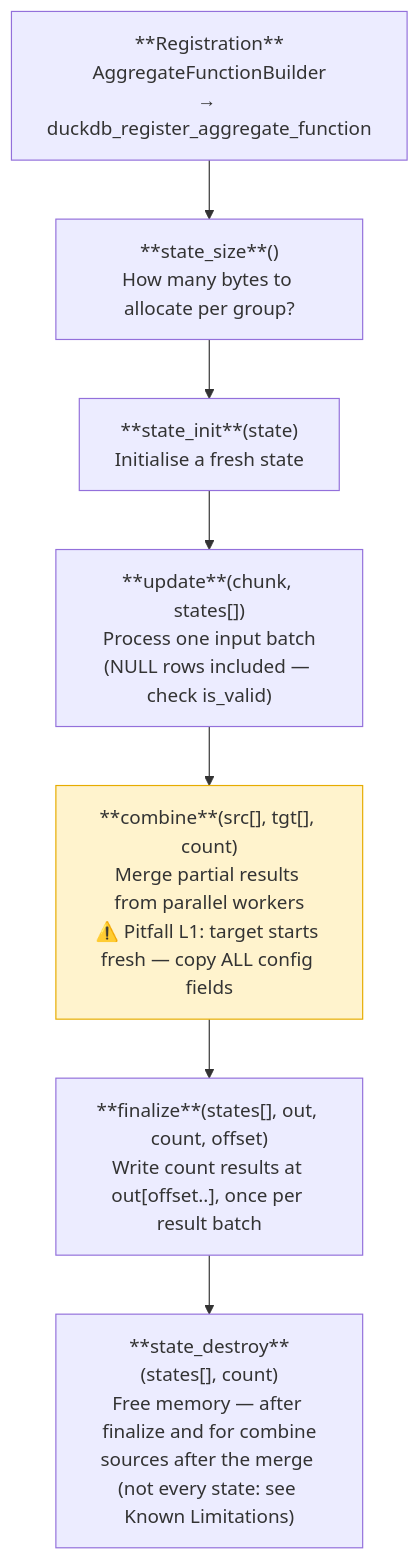
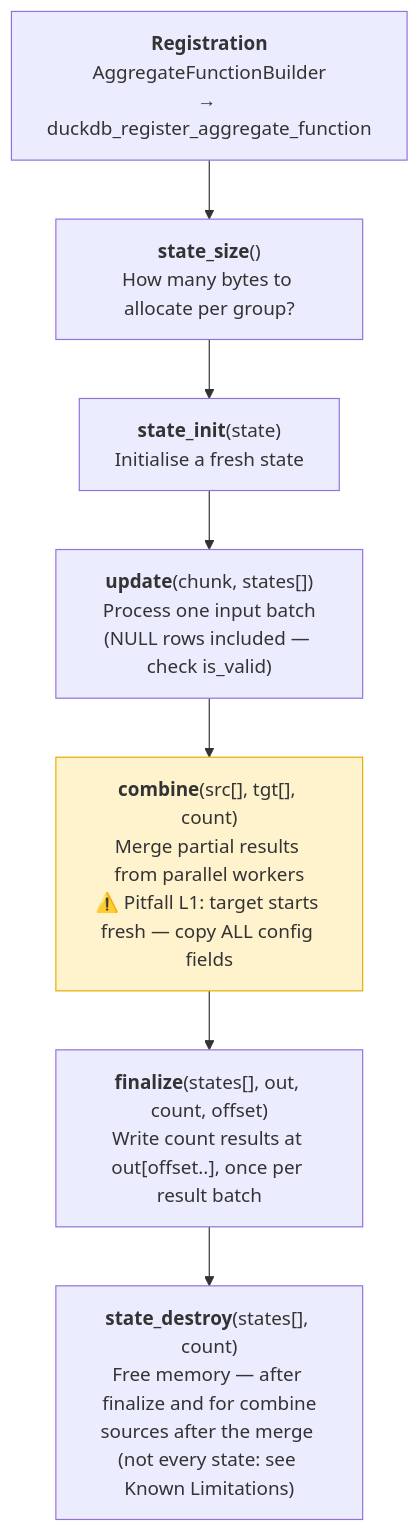
One commit to tomtom215/quack-rs changed the diagram in book/src/functions/aggregate.md. Above: the diagram before and after it, drawn with Mermaid. The commit also changed 12 other files, not shown here.

````diff
--- a/book/src/functions/aggregate.md
+++ b/book/src/functions/aggregate.md
@@ -37,20 +37,20 @@
 ```mermaid
 flowchart TD
-    REG["**Registration**<br/>AggregateFunctionBuilder<br/>→ duckdb_register_aggregate_function"]
+    REG["<b>Registration</b><br/>AggregateFunctionBuilder<br/>→ duckdb_register_aggregate_function"]
 
     REG     --> SIZE
     SIZE    --> INIT
     INIT    --> UPDATE
     UPDATE  --> COMBINE
     COMBINE --> FINAL
     FINAL   --> DESTROY
 
-    SIZE["**state_size**()<br/>How many bytes to allocate per group?"]
-    INIT["**state_init**(state)<br/>Initialise a fresh state"]
-    UPDATE["**update**(chunk, states[])<br/>Process one input batch<br/>(NULL rows included — check is_valid)"]
-    COMBINE["**combine**(src[], tgt[], count)<br/>Merge partial results from parallel workers<br/>⚠️ Pitfall L1: target starts fresh — copy ALL config fields"]
-    FINAL["**finalize**(states[], out, count, offset)<br/>Write count results at out[offset..], once per result batch"]
-    DESTROY["**state_destroy**(states[], count)<br/>Free memory — after finalize and for combine<br/>sources after the merge (not every state: see Known Limitations)"]
+    SIZE["<b>state_size</b>()<br/>How many bytes to allocate per group?"]
+    INIT["<b>state_init</b>(state)<br/>Initialise a fresh state"]
+    UPDATE["<b>update</b>(chunk, states[])<br/>Process one input batch<br/>(NULL rows included — check is_valid)"]
+    COMBINE["<b>combine</b>(src[], tgt[], count)<br/>Merge partial results from parallel workers<br/>⚠️ Pitfall L1: target starts fresh — copy ALL config fields"]
+    FINAL["<b>finalize</b>(states[], out, count, offset)<br/>Write count results at out[offset..], once per result batch"]
+    DESTROY["<b>state_destroy</b>(states[], count)<br/>Free memory — after finalize and for combine<br/>sources after the merge (not every state: see Known Limitations)"]
 
     style COMBINE fill:#fff3cd,stroke:#e6ac00,color:#333
 ```
````
